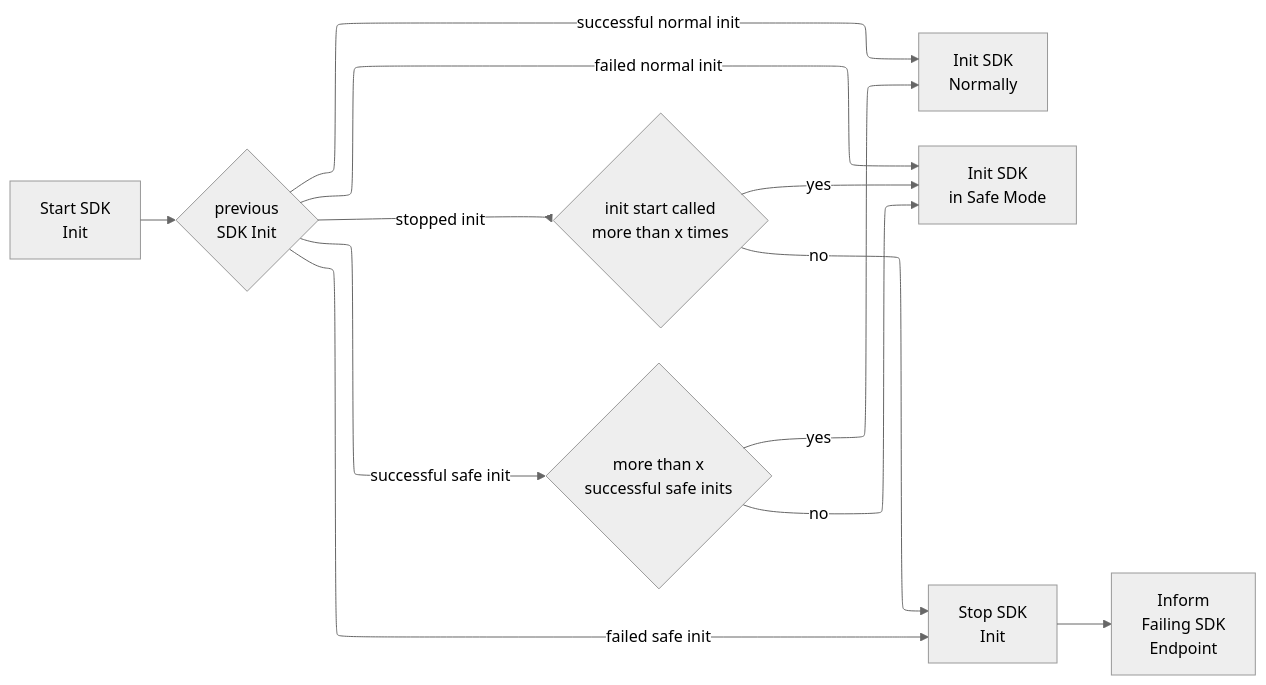
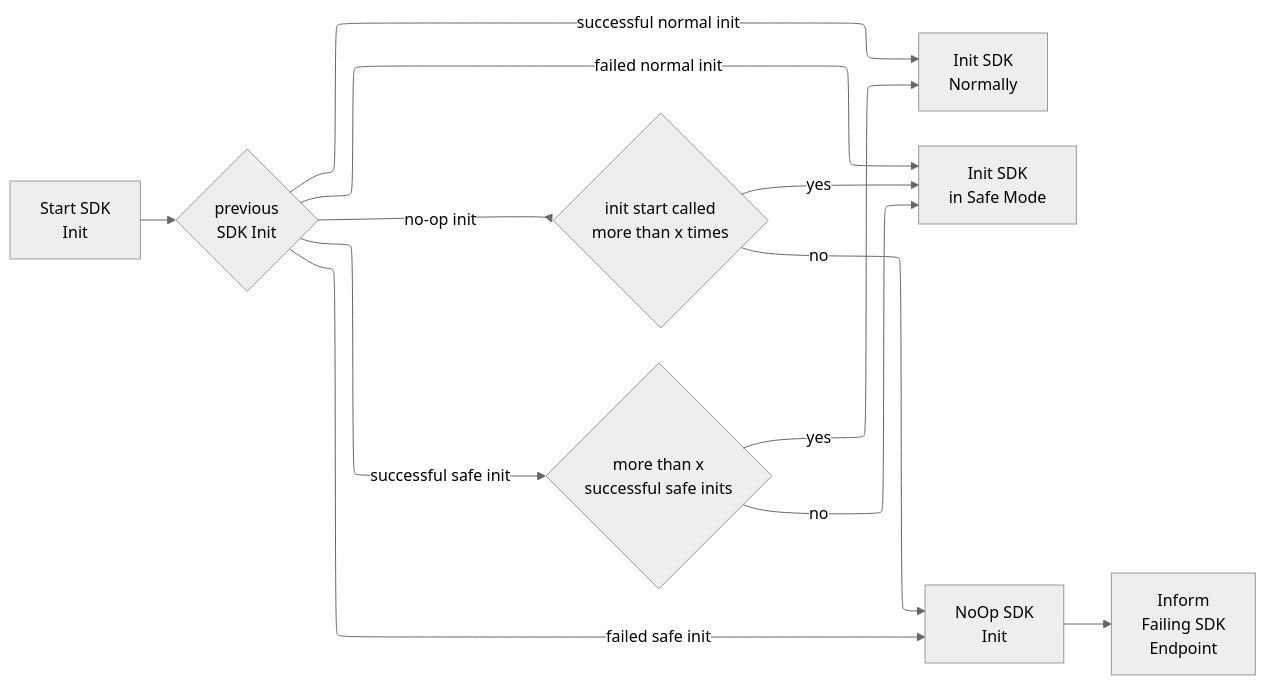
One commit to getsentry/rfcs changed the first of 2 diagrams in text/0143-sdk-fail-safe-mode.md. Above: the diagram before and after it, drawn with Mermaid. The commit also changed other lines of this file, not shown here.

````diff
--- a/text/0143-sdk-fail-safe-mode.md
+++ b/text/0143-sdk-fail-safe-mode.md
@@ -53,48 +55,48 @@
 ```mermaid
 ---
 config:
   layout: elk
   elk:
     mergeEdges: false
     nodePlacementStrategy: NETWORK_SIMPLEX
   theme: neutral
 ---
 flowchart LR
     sdk-init-start[Start SDK
         Init]
     sdk-init-normal[Init SDK
         Normally]
     sdk-init-safe-mode[Init SDK
         in Safe Mode]
-    sdk-init-stop[Stop SDK
+    sdk-init-no-op[NoOp SDK
         Init]
     sdk-fail-endpoint[Inform
         Failing SDK
         Endpoint]
 
     
     decision-init-start-x-times@{ shape: diamond, label: "init start called
         more than x times" }
 
     decision-sdk-mode@{ shape: diamond, label: "previous
         SDK Init" }
     decision-sdk-init-x-times-safe-mode@{ shape: diamond, label: "more than x
         successful safe inits" }
     
     sdk-init-start --> decision-sdk-mode
     
-    decision-sdk-mode-- stopped init --> decision-init-start-x-times
-    decision-init-start-x-times-- no --> sdk-init-stop
+    decision-sdk-mode-- no-op init --> decision-init-start-x-times
+    decision-init-start-x-times-- no --> sdk-init-no-op
     decision-init-start-x-times-- yes --> sdk-init-safe-mode
     
     decision-sdk-mode-- successful normal init --> sdk-init-normal
     decision-sdk-mode-- successful safe init --> decision-sdk-init-x-times-safe-mode
     decision-sdk-mode-- failed normal init --> sdk-init-safe-mode
-    decision-sdk-mode-- failed safe init --> sdk-init-stop
+    decision-sdk-mode-- failed safe init --> sdk-init-no-op
 
 
     decision-sdk-init-x-times-safe-mode-- yes --> sdk-init-normal
     decision-sdk-init-x-times-safe-mode-- no --> sdk-init-safe-mode 
 
-    sdk-init-stop --> sdk-fail-endpoint
+    sdk-init-no-op --> sdk-fail-endpoint
 ```
````
